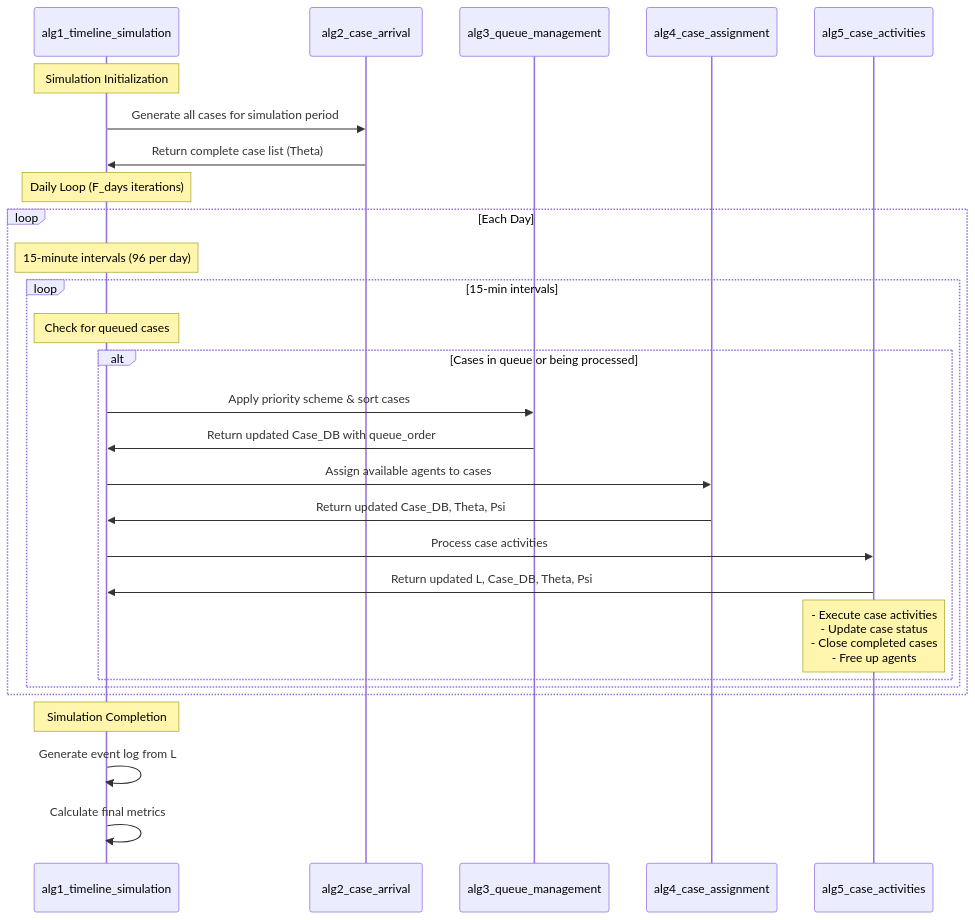
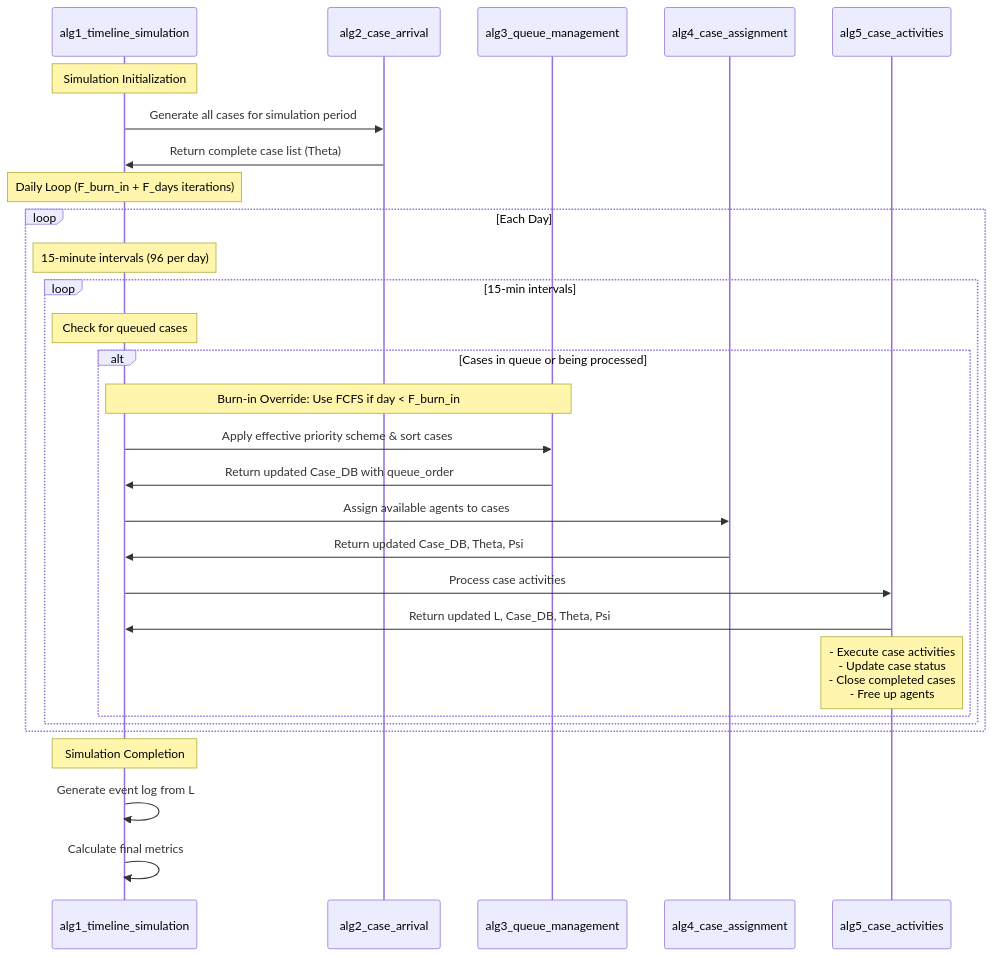
Before and after one commit to Mikeriess/NPS_paper: the second of 2 diagrams in src/NPS_SIM/README.md, drawn with Mermaid. The commit also changed other lines of this file and 16 other files, not shown here.

````diff
--- a/src/NPS_SIM/README.md
+++ b/src/NPS_SIM/README.md
@@ -117,33 +118,34 @@
 ```mermaid
 sequenceDiagram
     participant Main as alg1_timeline_simulation
     participant Arrival as alg2_case_arrival
     participant Queue as alg3_queue_management
     participant Assignment as alg4_case_assignment
     participant Activities as alg5_case_activities
     
     Note over Main: Simulation Initialization
     Main->>Arrival: Generate all cases for simulation period
     Arrival->>Main: Return complete case list (Theta)
     
-    Note over Main: Daily Loop (F_days iterations)
+    Note over Main: Daily Loop (F_burn_in + F_days iterations)
     loop Each Day
         Note over Main: 15-minute intervals (96 per day)
         loop 15-min intervals
             Note over Main: Check for queued cases
             alt Cases in queue or being processed
-                Main->>Queue: Apply priority scheme & sort cases
+                Note over Main,Queue: Burn-in Override: Use FCFS if day < F_burn_in
+                Main->>Queue: Apply effective priority scheme & sort cases
                 Queue->>Main: Return updated Case_DB with queue_order
                 Main->>Assignment: Assign available agents to cases
                 Assignment->>Main: Return updated Case_DB, Theta, Psi
                 Main->>Activities: Process case activities
                 Activities->>Main: Return updated L, Case_DB, Theta, Psi
                 Note over Activities: - Execute case activities<br/>- Update case status<br/>- Close completed cases<br/>- Free up agents
             end
         end
     end
     
     Note over Main: Simulation Completion
     Main->>Main: Generate event log from L
     Main->>Main: Calculate final metrics
 ```
````
